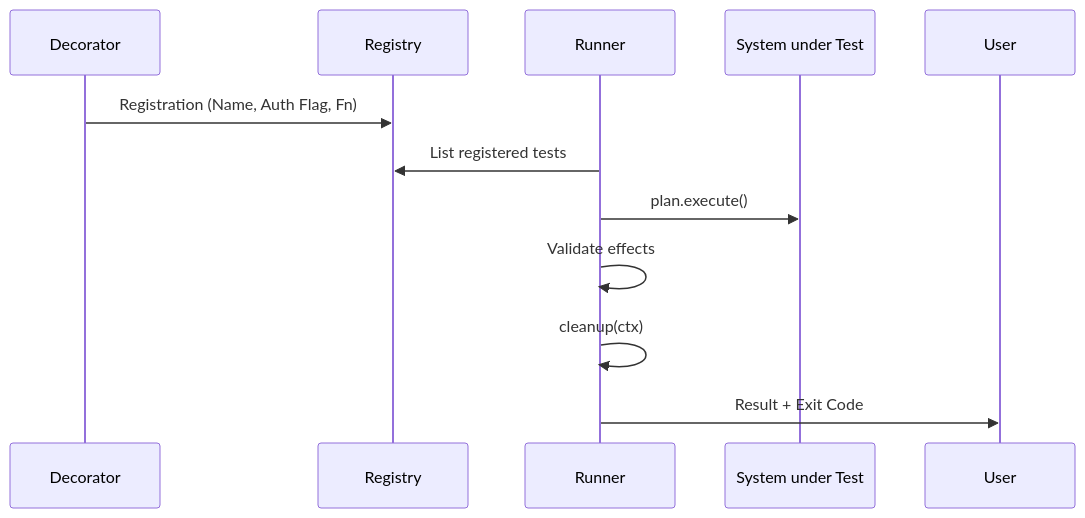
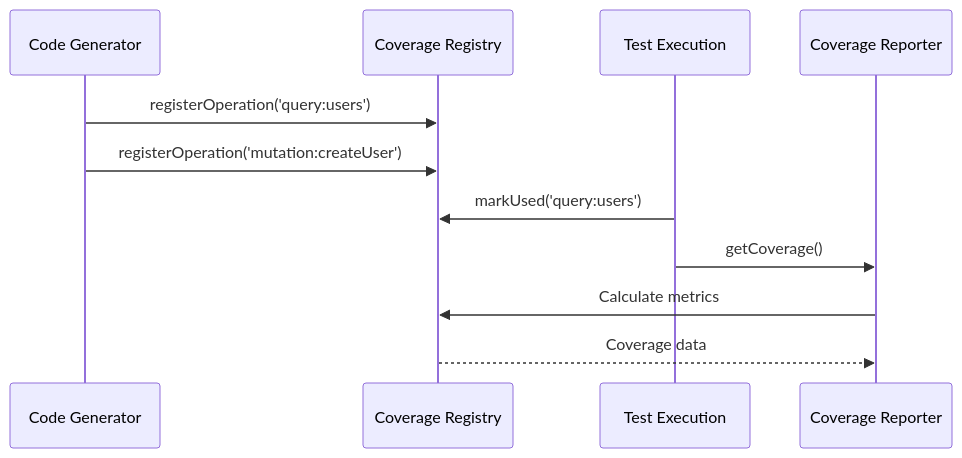
Before and after one commit to Cyber-Luke/best-api-testing: diagram 12 of 15 in README.md, drawn with Mermaid. The commit also changed other lines of this file, not shown here.

Commit message:
Implement code changes to enhance functionality and improve performance

````diff
--- a/README.md
+++ b/README.md
@@ -111,14 +841,14 @@
 ```mermaid
 sequenceDiagram
-    participant D as Decorator
-    participant R as Registry
-    participant E as Runner
-    participant S as System under Test
+    participant Generator as Code Generator
+    participant Registry as Coverage Registry
+    participant Test as Test Execution
+    participant Reporter as Coverage Reporter
 
-    D->>R: Registration (Name, Auth Flag, Fn)
-    E->>R: List registered tests
-    E->>S: plan.execute()
-    E->>E: Validate effects
-    E->>E: cleanup(ctx)
-    E->>User: Result + Exit Code
+    Generator->>Registry: registerOperation('query:users')
+    Generator->>Registry: registerOperation('mutation:createUser')
+    Test->>Registry: markUsed('query:users')
+    Test->>Reporter: getCoverage()
+    Reporter->>Registry: Calculate metrics
+    Registry-->>Reporter: Coverage data
 ```
````
